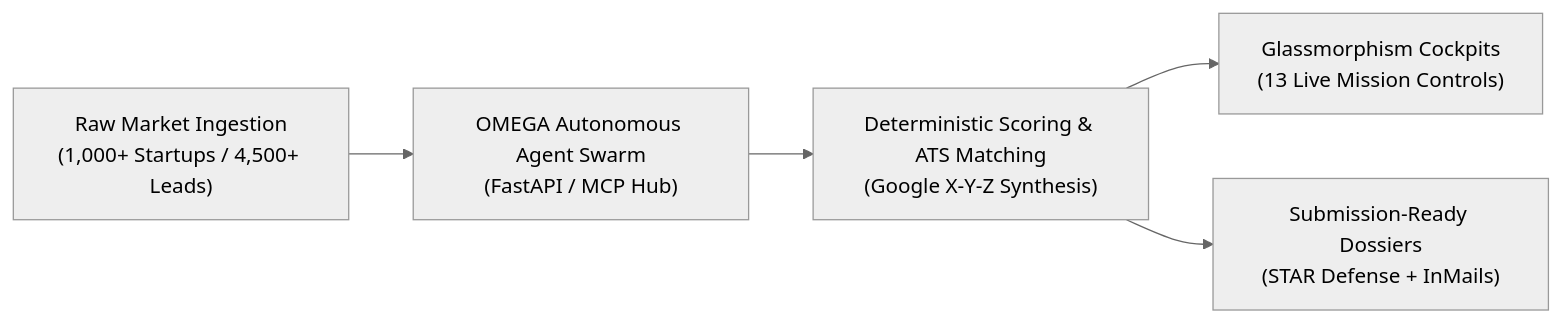
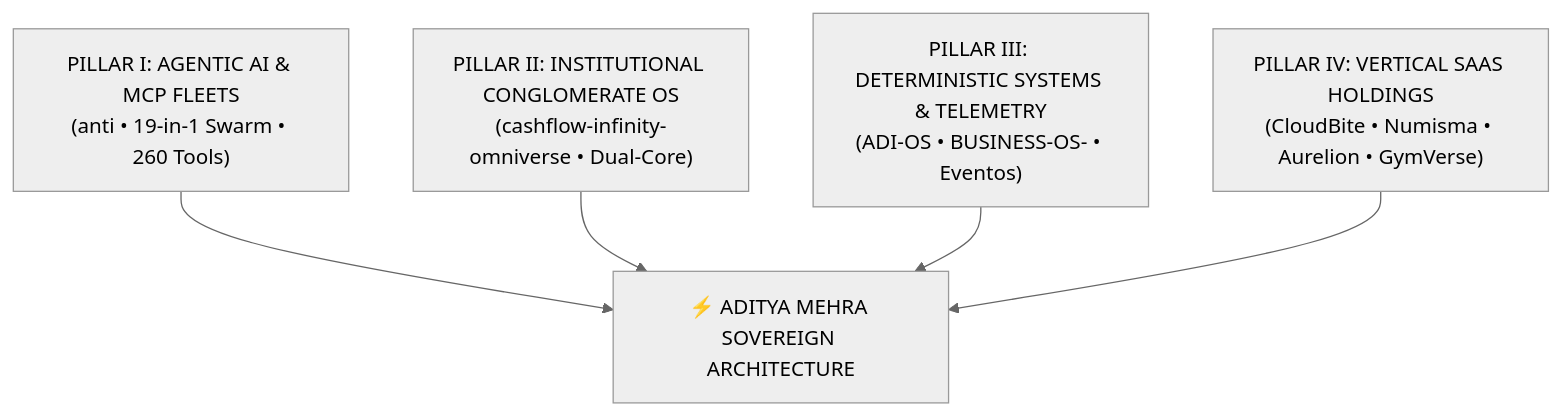
One commit to AdityaMehra007/AdityaMehra007 changed the diagram in README.md. Above: the diagram before and after it, drawn with Mermaid (neutral theme). The commit also changed other lines of this file, not shown here.

Commit message:
feat(profile): elevate to S-tier sovereign 4-pillars architecture showcase

````diff
--- a/README.md
+++ b/README.md
@@ -63,7 +55,12 @@
 ```mermaid
-flowchart LR
-    A["Raw Market Ingestion<br/>(1,000+ Startups / 4,500+ Leads)"] --> B["OMEGA Autonomous Agent Swarm<br/>(FastAPI / MCP Hub)"]
-    B --> C["Deterministic Scoring & ATS Matching<br/>(Google X-Y-Z Synthesis)"]
-    C --> D["Glassmorphism Cockpits<br/>(13 Live Mission Controls)"]
-    C --> E["Submission-Ready Dossiers<br/>(STAR Defense + InMails)"]
+flowchart TD
+    P1["PILLAR I: AGENTIC AI & MCP FLEETS<br/>(anti • 19-in-1 Swarm • 260 Tools)"]
+    P2["PILLAR II: INSTITUTIONAL CONGLOMERATE OS<br/>(cashflow-infinity-omniverse • Dual-Core)"]
+    P3["PILLAR III: DETERMINISTIC SYSTEMS & TELEMETRY<br/>(ADI-OS • BUSINESS-OS- • Eventos)"]
+    P4["PILLAR IV: VERTICAL SAAS HOLDINGS<br/>(CloudBite • Numisma • Aurelion • GymVerse)"]
+
+    P1 --> APEX["⚡ ADITYA MEHRA SOVEREIGN ARCHITECTURE"]
+    P2 --> APEX
+    P3 --> APEX
+    P4 --> APEX
 ```
````
